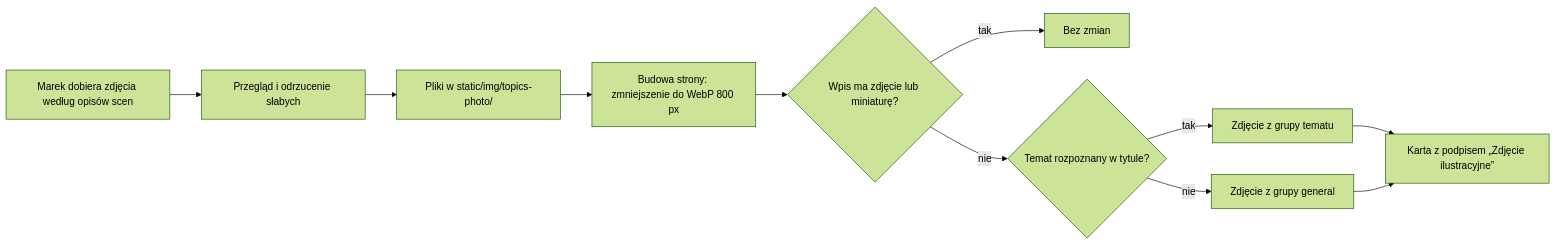
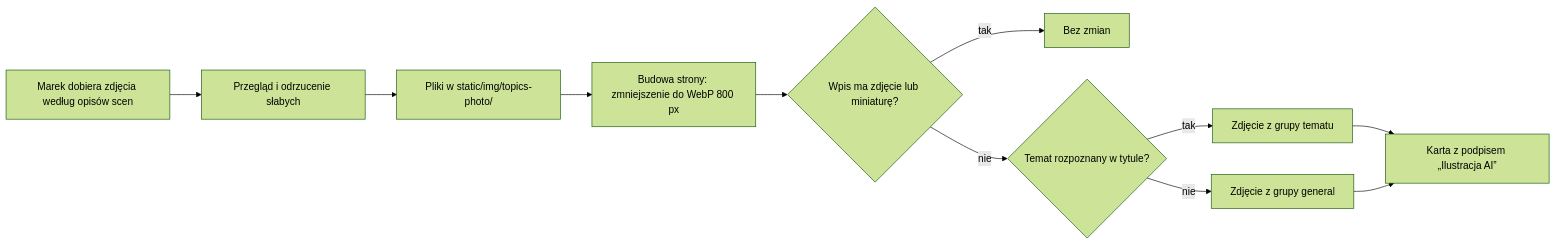
Before and after one commit to maciejkfrankowski/boppard-news: the diagram in docs/03-pula-zdjec-ai.md, drawn with Mermaid (forest theme). The commit also changed other lines of this file and 120 other files, not shown here.

````diff
--- a/docs/03-pula-zdjec-ai.md
+++ b/docs/03-pula-zdjec-ai.md
@@ -18,13 +16,13 @@
 ```mermaid
 flowchart LR
     A[Marek dobiera zdjęcia według opisów scen] --> B[Przegląd i odrzucenie słabych]
     B --> C[Pliki w static/img/topics-photo/]
     C --> D[Budowa strony: zmniejszenie do WebP 800 px]
     D --> E{Wpis ma zdjęcie lub miniaturę?}
     E -- tak --> F[Bez zmian]
     E -- nie --> G{Temat rozpoznany w tytule?}
     G -- tak --> H[Zdjęcie z grupy tematu]
     G -- nie --> I[Zdjęcie z grupy general]
-    H --> J[Karta z podpisem „Zdjęcie ilustracyjne”]
+    H --> J[Karta z podpisem „Ilustracja AI”]
     I --> J
 ```
````
